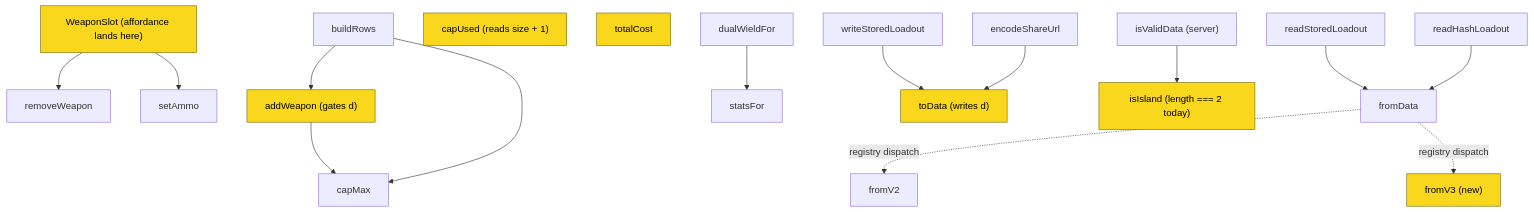
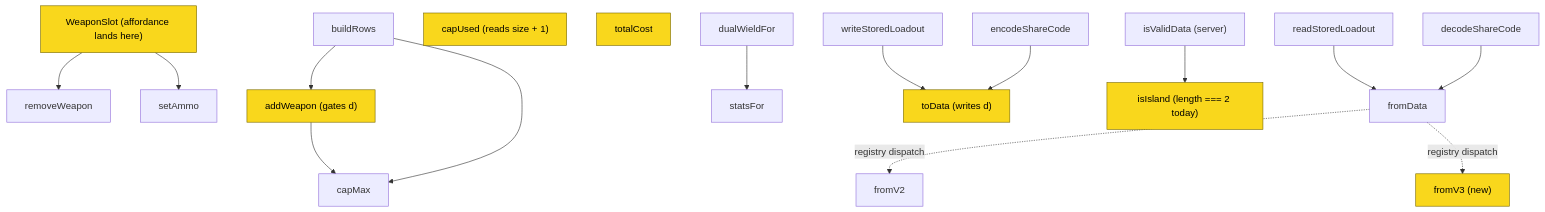
The diagram in docs/adrs/ADR-0023-dual-wielded-pistol-pairs.md (jonstump/the-outfitter), drawn with Mermaid before and after one commit. The commit also changed other lines of this file and 13 other files, not shown here.

````diff
--- a/docs/adrs/ADR-0023-dual-wielded-pistol-pairs.md
+++ b/docs/adrs/ADR-0023-dual-wielded-pistol-pairs.md
@@ -220,40 +225,40 @@
 ```mermaid
 graph TD
   WeaponSlot["WeaponSlot (affordance lands here)"]
   buildRows["buildRows"]
   addWeapon["addWeapon (gates d)"]
   removeWeapon["removeWeapon"]
   setAmmo["setAmmo"]
   capMax["capMax"]
   capUsed["capUsed (reads size + 1)"]
   totalCost["totalCost"]
   dualWieldFor["dualWieldFor"]
   statsFor["statsFor"]
   toData["toData (writes d)"]
   fromData["fromData"]
   fromV2["fromV2"]
   fromV3["fromV3 (new)"]
   writeStoredLoadout["writeStoredLoadout"]
-  encodeShareUrl["encodeShareUrl"]
+  encodeShareCode["encodeShareCode"]
   readStoredLoadout["readStoredLoadout"]
-  readHashLoadout["readHashLoadout"]
+  decodeShareCode["decodeShareCode"]
   isValidData["isValidData (server)"]
   isIsland["isIsland (length === 2 today)"]
 
   dualWieldFor --> statsFor
   buildRows --> addWeapon
   buildRows --> capMax
   WeaponSlot --> removeWeapon
   WeaponSlot --> setAmmo
   addWeapon --> capMax
   writeStoredLoadout --> toData
-  encodeShareUrl --> toData
+  encodeShareCode --> toData
   readStoredLoadout --> fromData
-  readHashLoadout --> fromData
+  decodeShareCode --> fromData
   fromData -.registry dispatch.-> fromV2
   fromData -.registry dispatch.-> fromV3
   isValidData --> isIsland
 
   classDef change fill:#f9d71c,stroke:#7a6a00,color:#000
   class capUsed,addWeapon,toData,fromV3,isIsland,WeaponSlot,totalCost change
 ```
````
